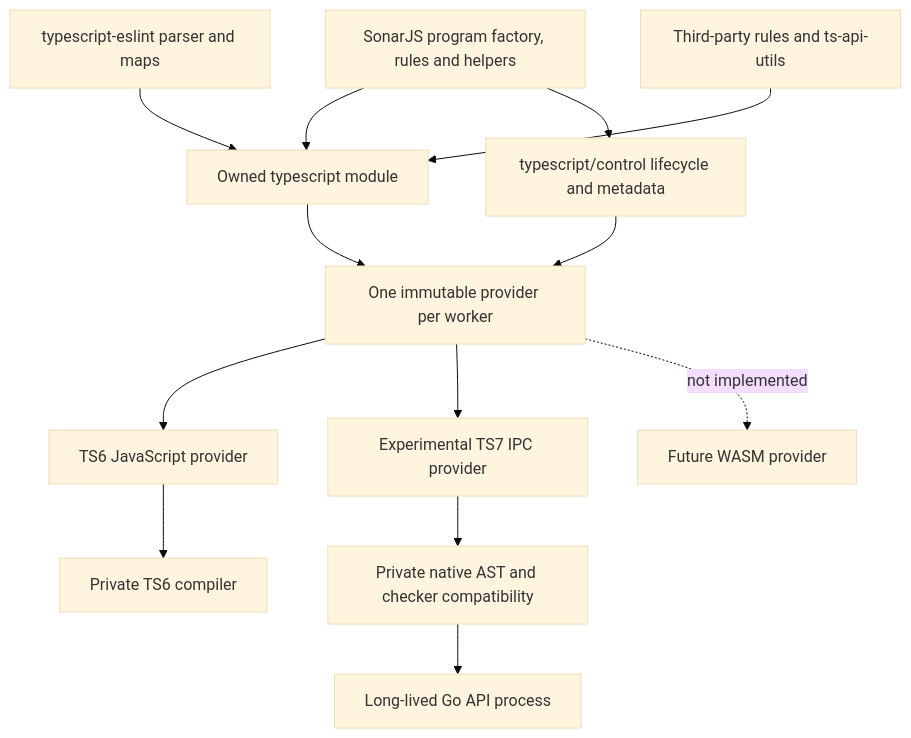
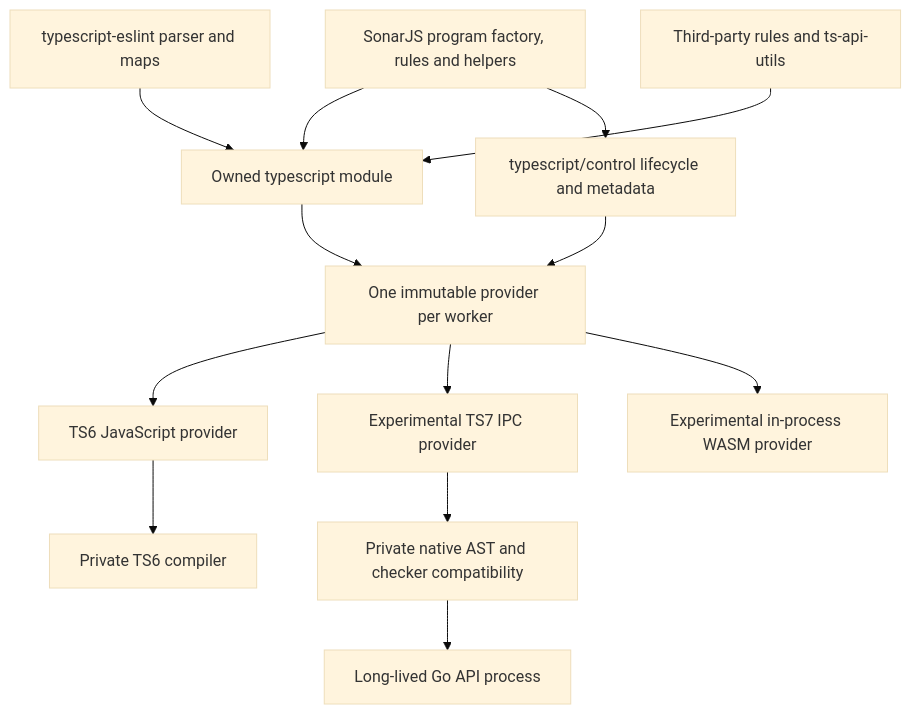
Before and after one commit to SonarSource/SonarJS: the diagram in docs/ts7-benchmark/single-typescript-module.md, drawn with Mermaid (base theme). The commit also changed other lines of this file and 17 other files, not shown here.

Commit message:
JS-2643 Add experimental in-process WASM compiler provider

````diff
--- a/docs/ts7-benchmark/single-typescript-module.md
+++ b/docs/ts7-benchmark/single-typescript-module.md
@@ -12,15 +12,15 @@
 ```mermaid
 flowchart TD
     sonar[SonarJS program factory, rules and helpers] --> module[Owned typescript module]
     parser[typescript-eslint parser and maps] --> module
     rules[Third-party rules and ts-api-utils] --> module
     module --> provider[One immutable provider per worker]
     provider --> classic[TS6 JavaScript provider]
     provider --> native[Experimental TS7 IPC provider]
-    provider -. not implemented .-> wasm[Future WASM provider]
+    provider --> wasm[Experimental in-process WASM provider]
     classic --> sdk[Private TS6 compiler]
     native --> adapters[Private native AST and checker compatibility]
     adapters --> process[Long-lived Go API process]
     sonar --> lifecycle[typescript/control lifecycle and metadata]
     lifecycle --> provider
 ```
````
